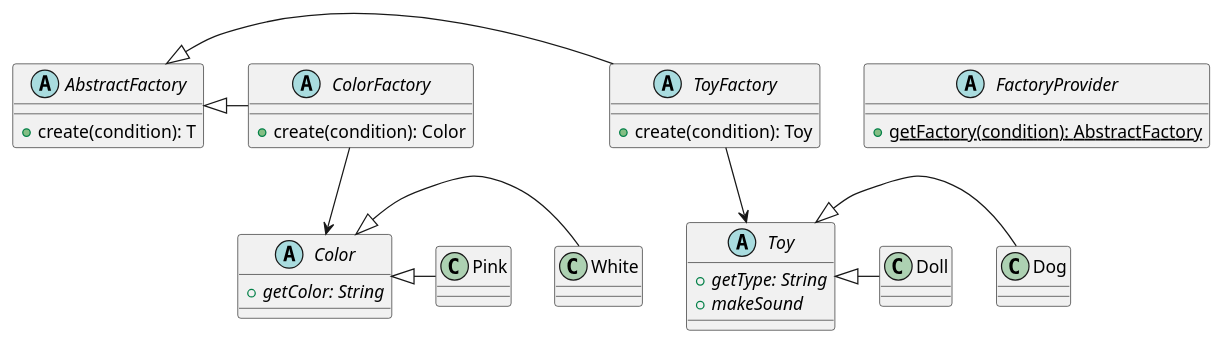
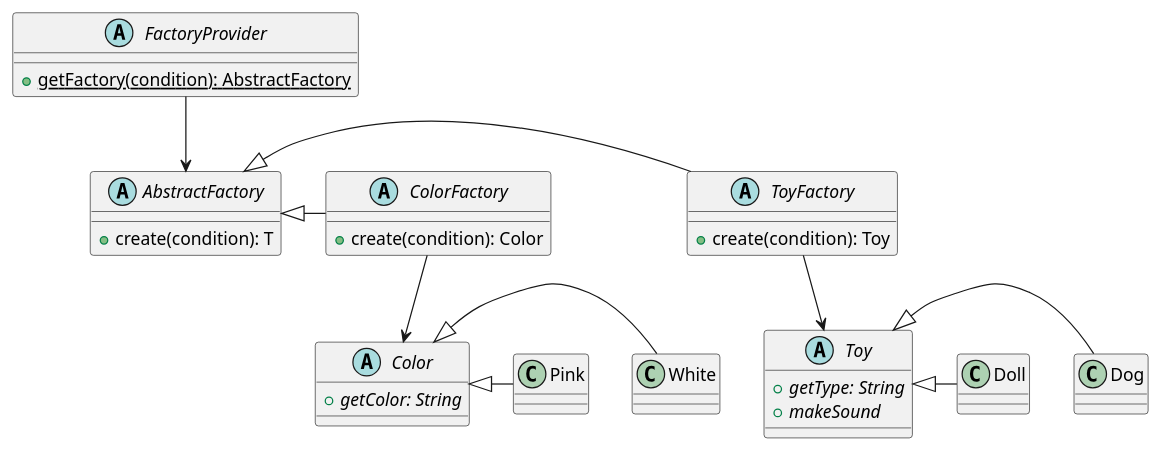
Before and after one commit to paguerre3/creational-patterns: the diagram in cp-samples/src/cp/samples/factories/abstract_factory/_abstract-factory-diagram.iuml, drawn with PlantUML.

```diff
--- a/cp-samples/src/cp/samples/factories/abstract_factory/_abstract-factory-diagram.iuml
+++ b/cp-samples/src/cp/samples/factories/abstract_factory/_abstract-factory-diagram.iuml
@@ -1,45 +1,46 @@
 @startuml
 abstract class ToyFactory {
  +create(condition): Toy
 }
 
 abstract class Toy
 {
  +{abstract} getType: String
  +{abstract} makeSound
 }
 
 class Dog
 class Doll
 
 ToyFactory --> Toy
 Toy <|– Dog
 Toy <|– Doll
 
 abstract class ColorFactory {
  +create(condition): Color
 }
 
 abstract class Color
 {
  +{abstract} getColor: String
 }
 
 class Pink
 class White
 
 ColorFactory --> Color
 Color <|– Pink
 Color <|– White
 
 abstract class FactoryProvider {
  +{static} getFactory(condition): AbstractFactory
 }
 
 abstract class AbstractFactory {
  +create(condition): T
 }
 
+FactoryProvider --> AbstractFactory
 AbstractFactory <|– ToyFactory
 AbstractFactory <|– ColorFactory
 @enduml
```
